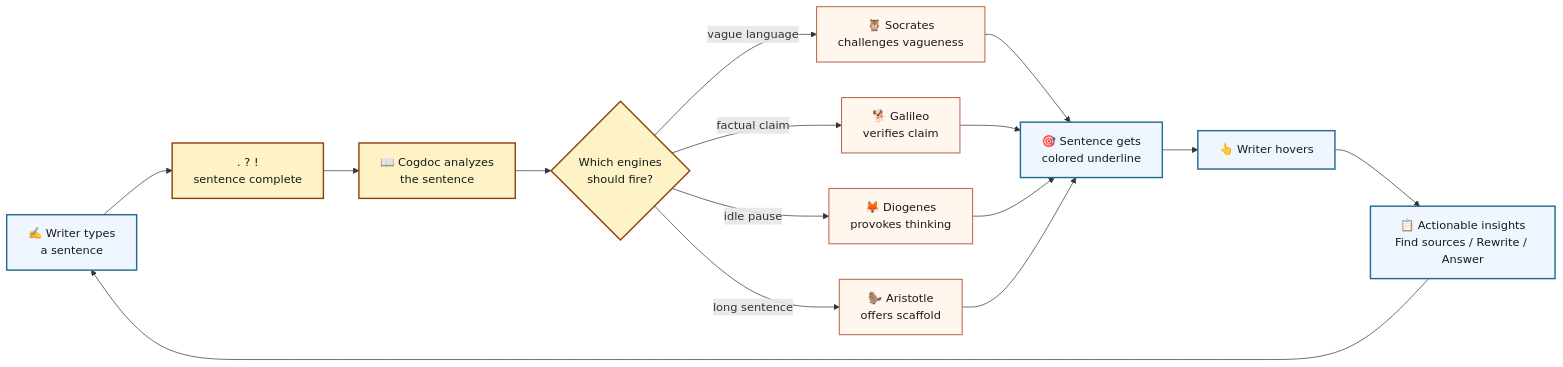
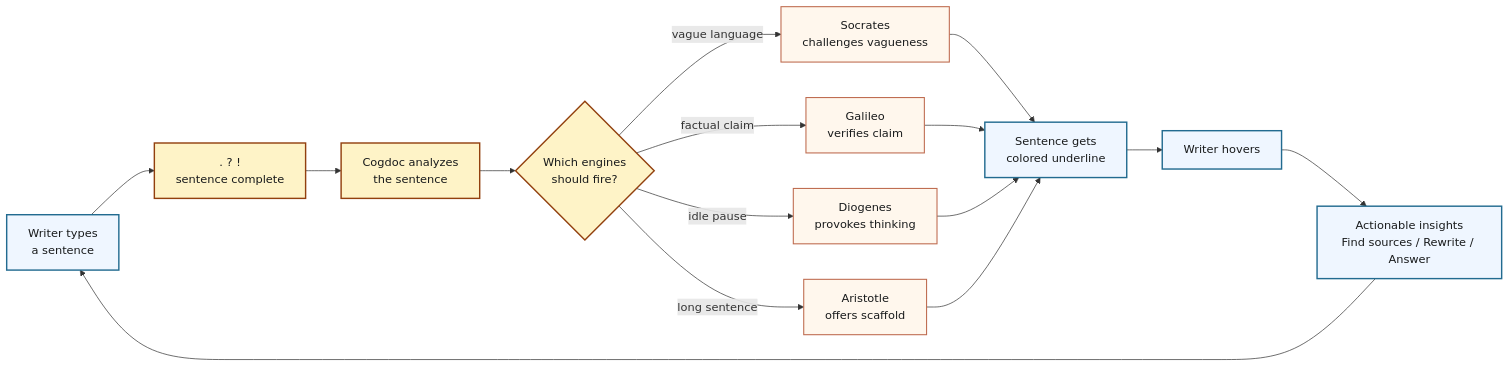
One commit to samreshan/cogdoc changed the diagram in download/cogdoc/mermaid_source/08_writing_loop.mmd. Above: the diagram before and after it, drawn with Mermaid. The commit also changed 8 other files, not shown here.

```diff
--- a/download/cogdoc/mermaid_source/08_writing_loop.mmd
+++ b/download/cogdoc/mermaid_source/08_writing_loop.mmd
@@ -1,30 +1,30 @@
 %% Cogdoc — Writing Loop (how a sentence flows through the system)
 %% Simplified to show the user-facing experience
 flowchart LR
-    WRITE[✍️ Writer types<br/>a sentence] --> DOT[. ? !<br/>sentence complete]
-    DOT --> ANALYZE[📖 Cogdoc analyzes<br/>the sentence]
+    WRITE[Writer types<br/>a sentence] --> DOT[. ? !<br/>sentence complete]
+    DOT --> ANALYZE[Cogdoc analyzes<br/>the sentence]
     ANALYZE --> FIRE{Which engines<br/>should fire?}
 
-    FIRE -->|vague language| SOC[🦉 Socrates<br/>challenges vagueness]
-    FIRE -->|factual claim| CIT[🐕 Galileo<br/>verifies claim]
-    FIRE -->|idle pause| DIO[🦊 Diogenes<br/>provokes thinking]
-    FIRE -->|long sentence| ARI[🦫 Aristotle<br/>offers scaffold]
+    FIRE -->|vague language| SOC[Socrates<br/>challenges vagueness]
+    FIRE -->|factual claim| CIT[Galileo<br/>verifies claim]
+    FIRE -->|idle pause| DIO[Diogenes<br/>provokes thinking]
+    FIRE -->|long sentence| ARI[Aristotle<br/>offers scaffold]
 
-    SOC --> UNDERLINE[🎯 Sentence gets<br/>colored underline]
+    SOC --> UNDERLINE[Sentence gets<br/>colored underline]
     CIT --> UNDERLINE
     DIO --> UNDERLINE
     ARI --> UNDERLINE
 
-    UNDERLINE --> HOVER[👆 Writer hovers]
-    HOVER --> ACTIONS[📋 Actionable insights<br/>Find sources / Rewrite / Answer]
+    UNDERLINE --> HOVER[Writer hovers]
+    HOVER --> ACTIONS[Actionable insights<br/>Find sources / Rewrite / Answer]
     ACTIONS --> WRITE
 
     %% Styling
     classDef start fill:#EFF6FF,stroke:#226b90,stroke-width:2px,color:#181a1b
     classDef decision fill:#FEF3C7,stroke:#92400e,stroke-width:2px,color:#181a1b
     classDef engine fill:#FFF7ED,stroke:#be6a4e,stroke-width:1.5px,color:#181a1b
     classDef action fill:#f5f8fb,stroke:#354d59,stroke-width:1.5px,color:#181a1b
 
     class WRITE,UNDERLINE,HOVER,ACTIONS start
     class DOT,ANALYZE,FIRE decision
     class SOC,CIT,DIO,ARI engine
```
